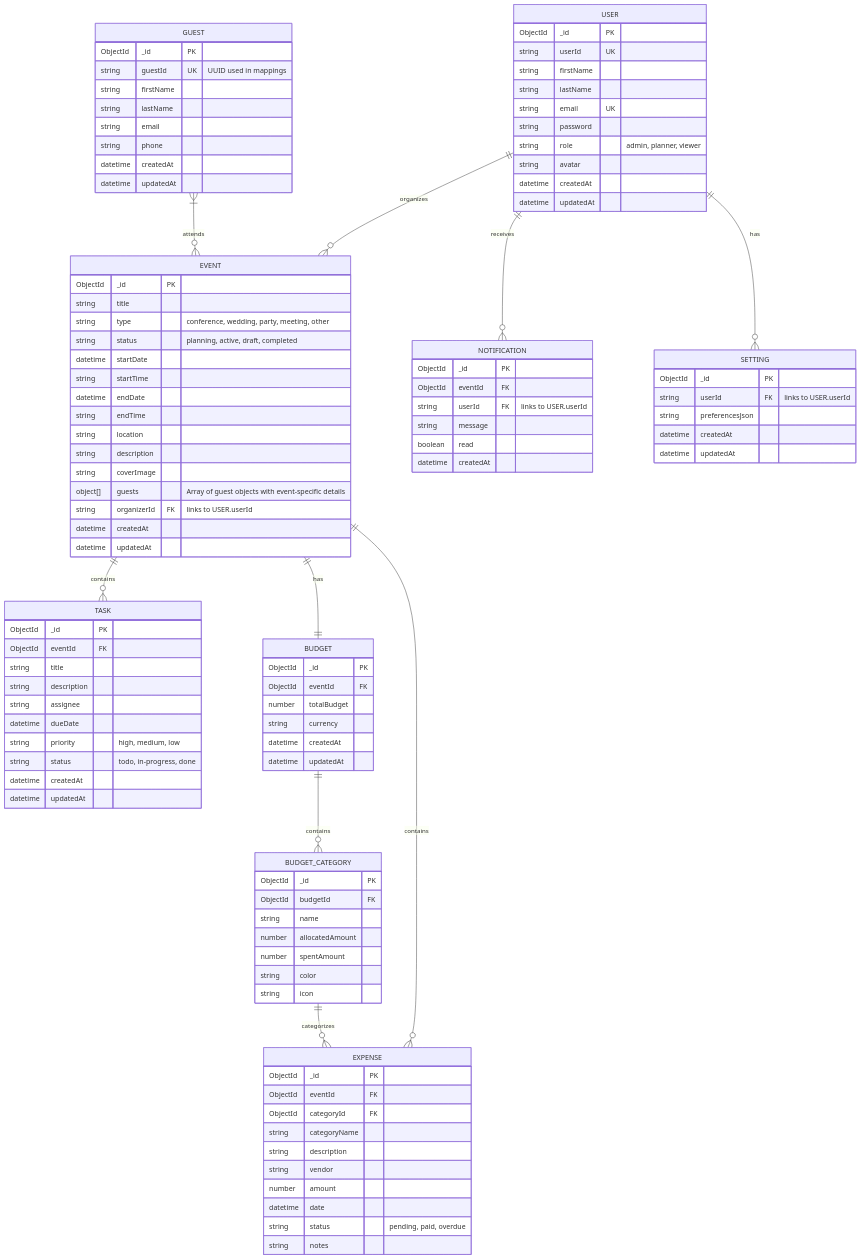
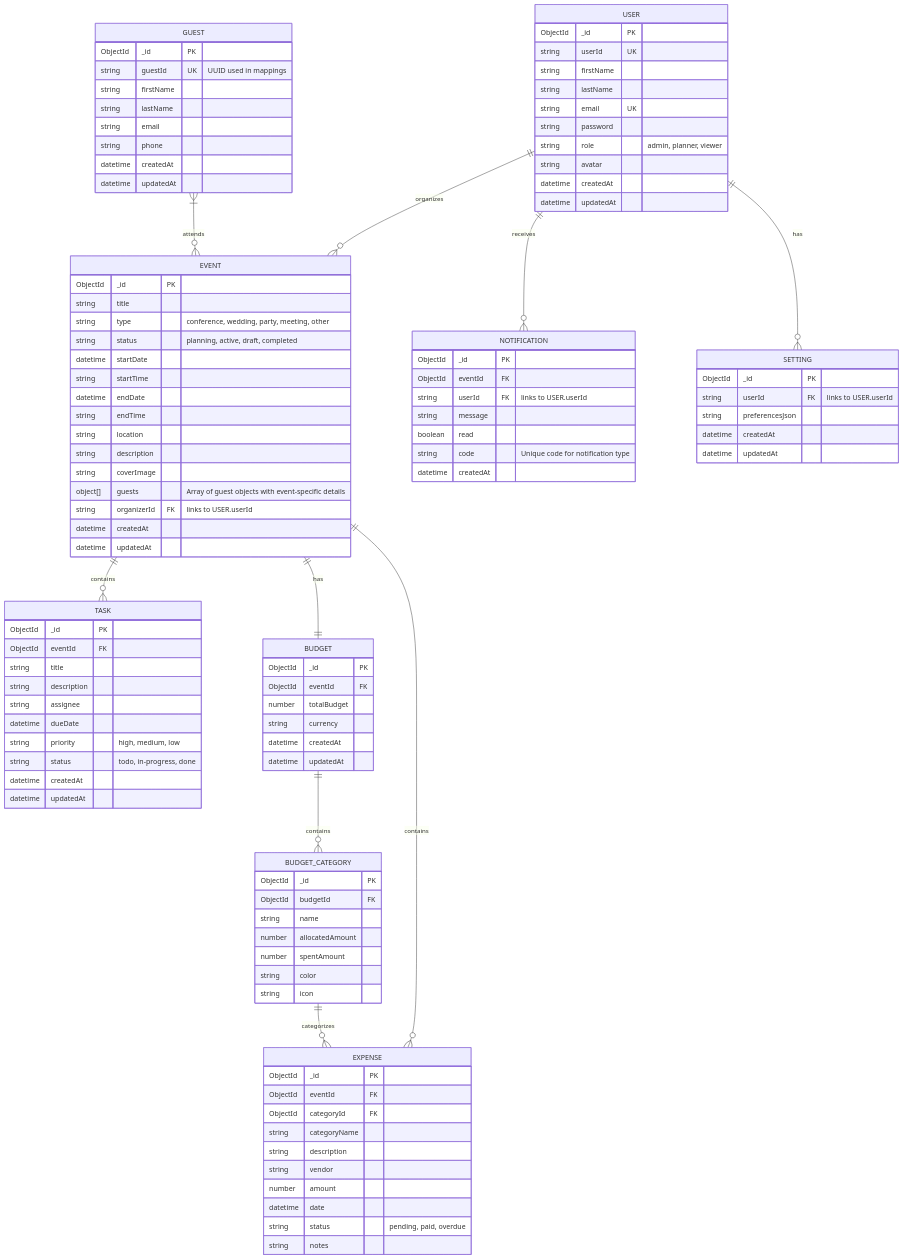
The diagram in database-schema.md (ShawndharSrt/Event-Planner), drawn with Mermaid before and after one commit. The commit also changed 5 other files, not shown here.

```diff
--- a/database-schema.md
+++ b/database-schema.md
@@ -110,6 +110,7 @@
         string userId FK "links to USER.userId"
         string message
         boolean read
+        string code "Unique code for notification type"
         datetime createdAt
     }
 
```
